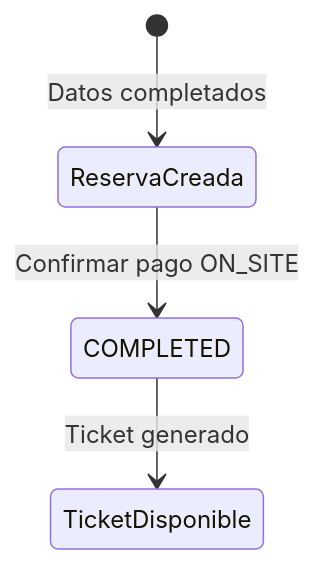
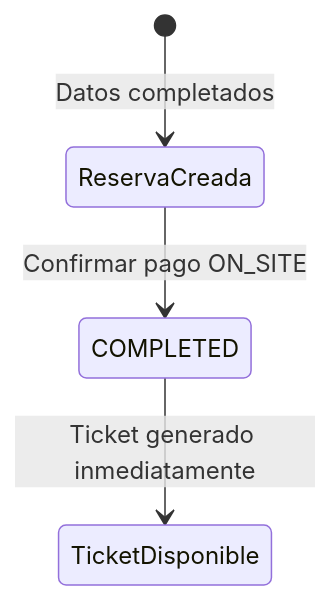
One commit to catarinas-ps-2026/alf.io changed the third of 4 diagrams in wiki/Diseño-de-Casos-de-Prueba-Funcionales.md. Above: the diagram before and after it, drawn with Mermaid. The commit also changed other lines of this file, not shown here.

````diff
--- a/wiki/Diseño-de-Casos-de-Prueba-Funcionales.md
+++ b/wiki/Diseño-de-Casos-de-Prueba-Funcionales.md
@@ -332,6 +339,6 @@
 ```mermaid
 stateDiagram-v2
     [*] --> ReservaCreada: Datos completados
     ReservaCreada --> COMPLETED: Confirmar pago ON_SITE
-    COMPLETED --> TicketDisponible: Ticket generado
+    COMPLETED --> TicketDisponible: Ticket generado inmediatamente
 ```
````
